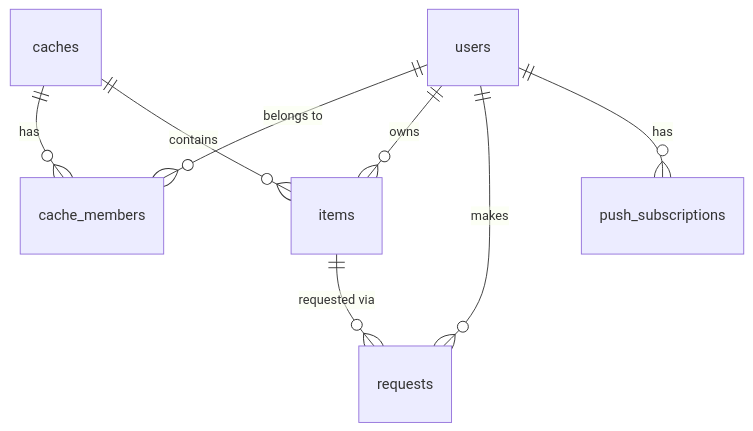
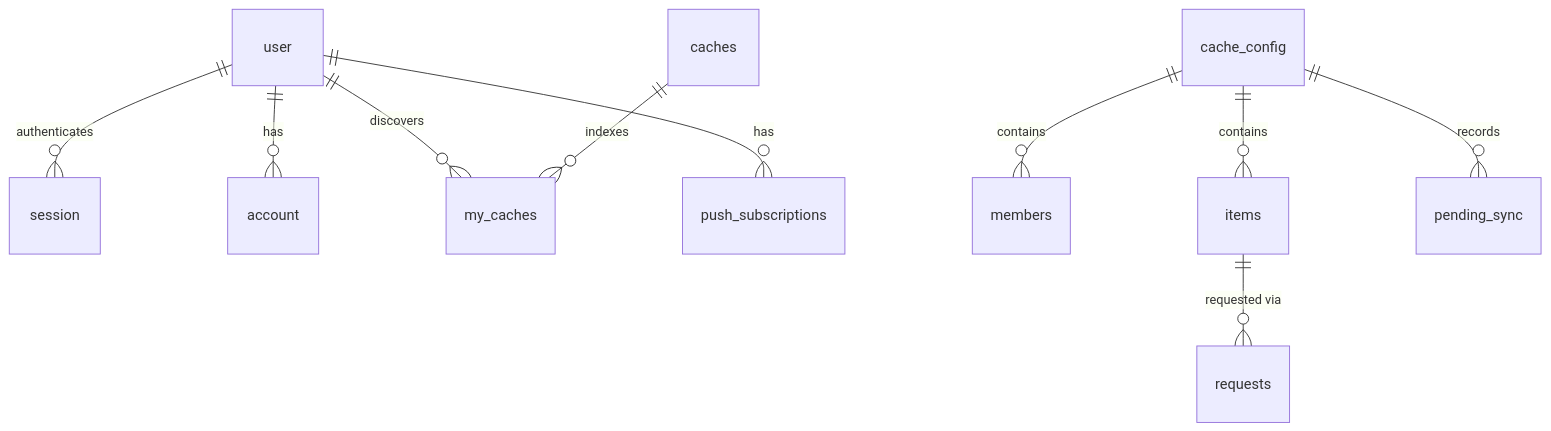
One commit to ryanyz10/communalcache changed the diagram in docs/plan.md. Above: the diagram before and after it, drawn with Mermaid. The commit also changed other lines of this file and 5 other files, not shown here.

````diff
--- a/docs/plan.md
+++ b/docs/plan.md
@@ -46,10 +52,12 @@
 ```mermaid
 erDiagram
-    users ||--o{ cache_members : "belongs to"
-    caches ||--o{ cache_members : has
-    caches ||--o{ items : contains
-    users ||--o{ items : owns
+    user ||--o{ session : authenticates
+    user ||--o{ account : has
+    user ||--o{ my_caches : discovers
+    caches ||--o{ my_caches : indexes
+    user ||--o{ push_subscriptions : has
+    cache_config ||--o{ members : contains
+    cache_config ||--o{ items : contains
     items ||--o{ requests : "requested via"
-    users ||--o{ requests : makes
-    users ||--o{ push_subscriptions : has
+    cache_config ||--o{ pending_sync : records
 ```
````
